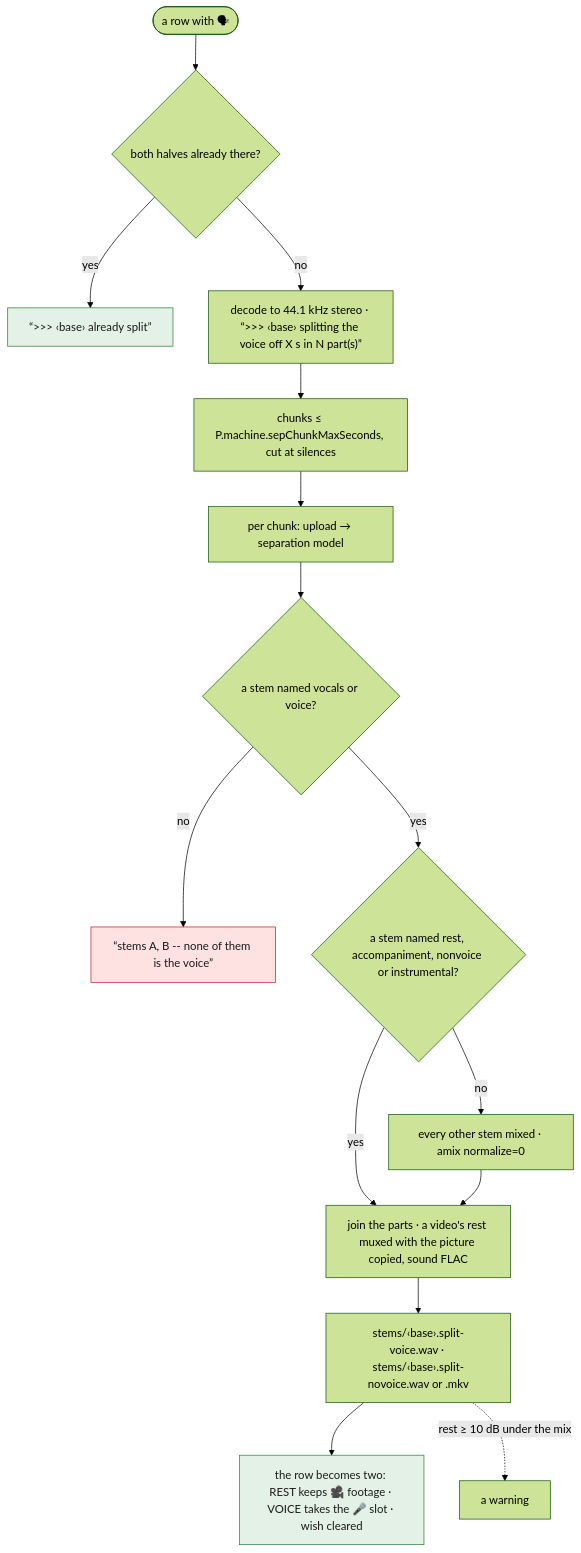
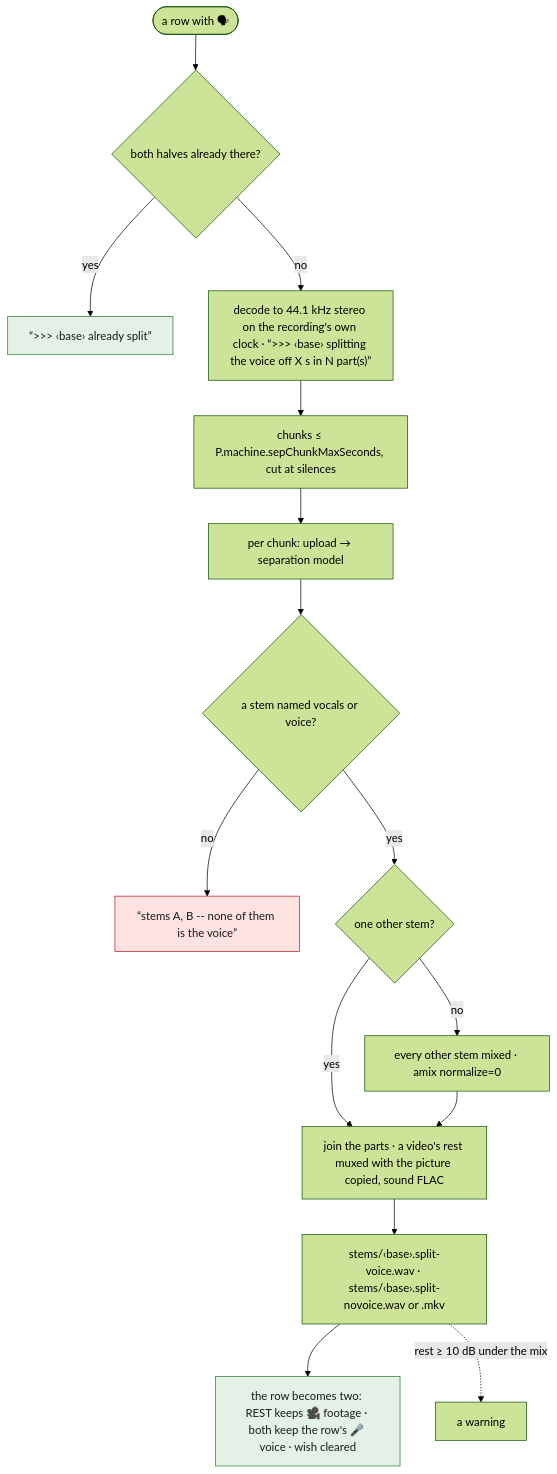
The second of 12 diagrams in spec/04-prepare.md (tbocek/naivepost), drawn with Mermaid (forest theme) before and after one commit. The commit also changed other lines of this file and 19 other files, not shown here.

````diff
--- a/spec/04-prepare.md
+++ b/spec/04-prepare.md
@@ -63,20 +63,20 @@
 ```mermaid
 flowchart TD
   A(["a row with 🗣"]) --> H{"both halves already there?"}
   H -- yes --> SK["“>>> ‹base› already split”"]:::done
-  H -- no --> DEC["decode to 44.1 kHz stereo · “>>> ‹base› splitting the voice off X s in N part(s)”"]
+  H -- no --> DEC["decode to 44.1 kHz stereo on the recording's own clock · “>>> ‹base› splitting the voice off X s in N part(s)”"]
   DEC --> CH["chunks ≤ P.machine.sepChunkMaxSeconds, cut at silences"]
   CH --> RUN["per chunk: upload → separation model"]
   RUN --> V{"a stem named vocals or voice?"}
   V -- no --> R["“stems A, B -- none of them is the voice”"]:::refuse
-  V -- yes --> REST{"a stem named rest, accompaniment, nonvoice or instrumental?"}
+  V -- yes --> REST{"one other stem?"}
   REST -- yes --> J
   REST -- no --> MIX["every other stem mixed · amix normalize=0"] --> J
   J["join the parts · a video's rest muxed with the picture copied, sound FLAC"]
   J --> W["stems/‹base›.split-voice.wav · stems/‹base›.split-novoice.wav or .mkv"]
-  W --> ROWS["the row becomes two: REST keeps 🎥 footage · VOICE takes the 🎤 slot · wish cleared"]:::done
+  W --> ROWS["the row becomes two: REST keeps 🎥 footage · both keep the row's 🎤 voice · wish cleared"]:::done
   W -. rest ≥ 10 dB under the mix .-> WARN["a warning"]
   classDef refuse fill:#fde2e1,stroke:#c01c28,color:#1a1a1a
   classDef done fill:#e3f1e6,stroke:#2e7d32,color:#1a1a1a
   classDef ask fill:#e8eefc,stroke:#3a63c8,color:#1a1a1a
 ```
````
